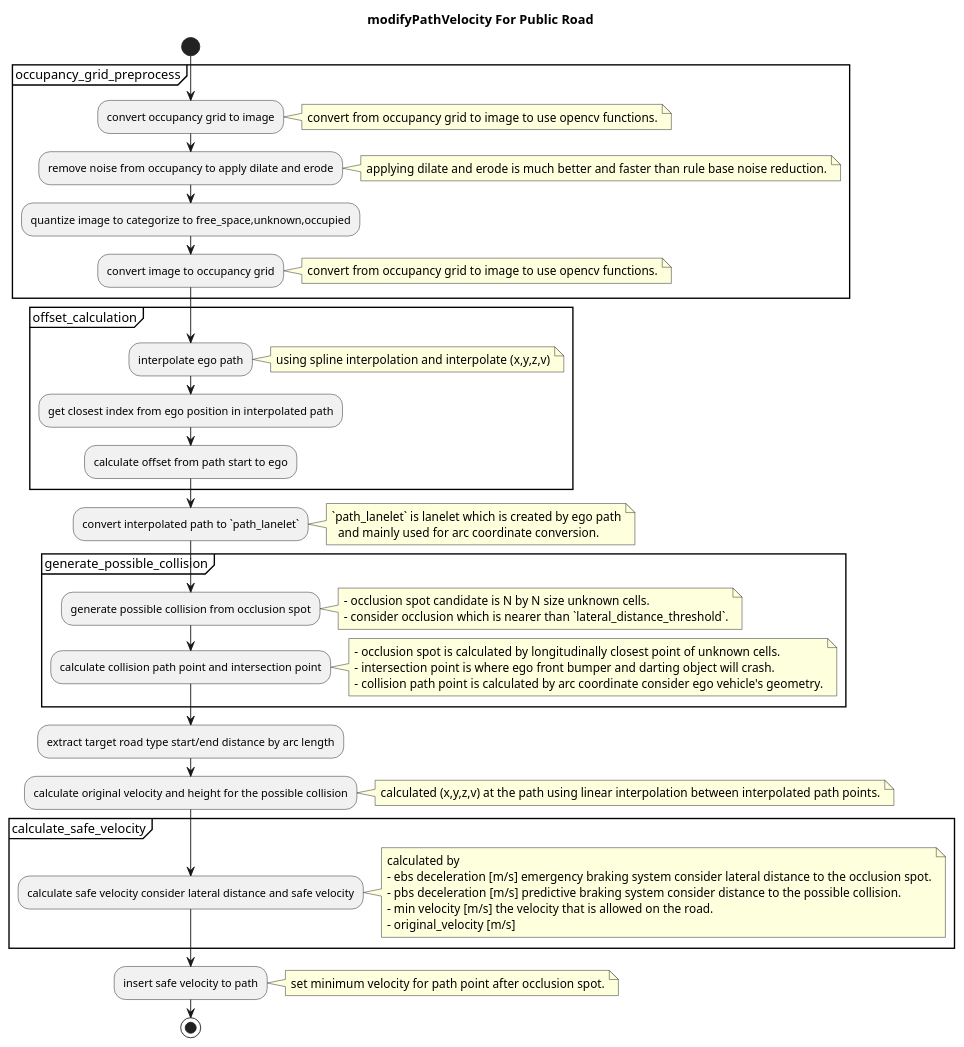
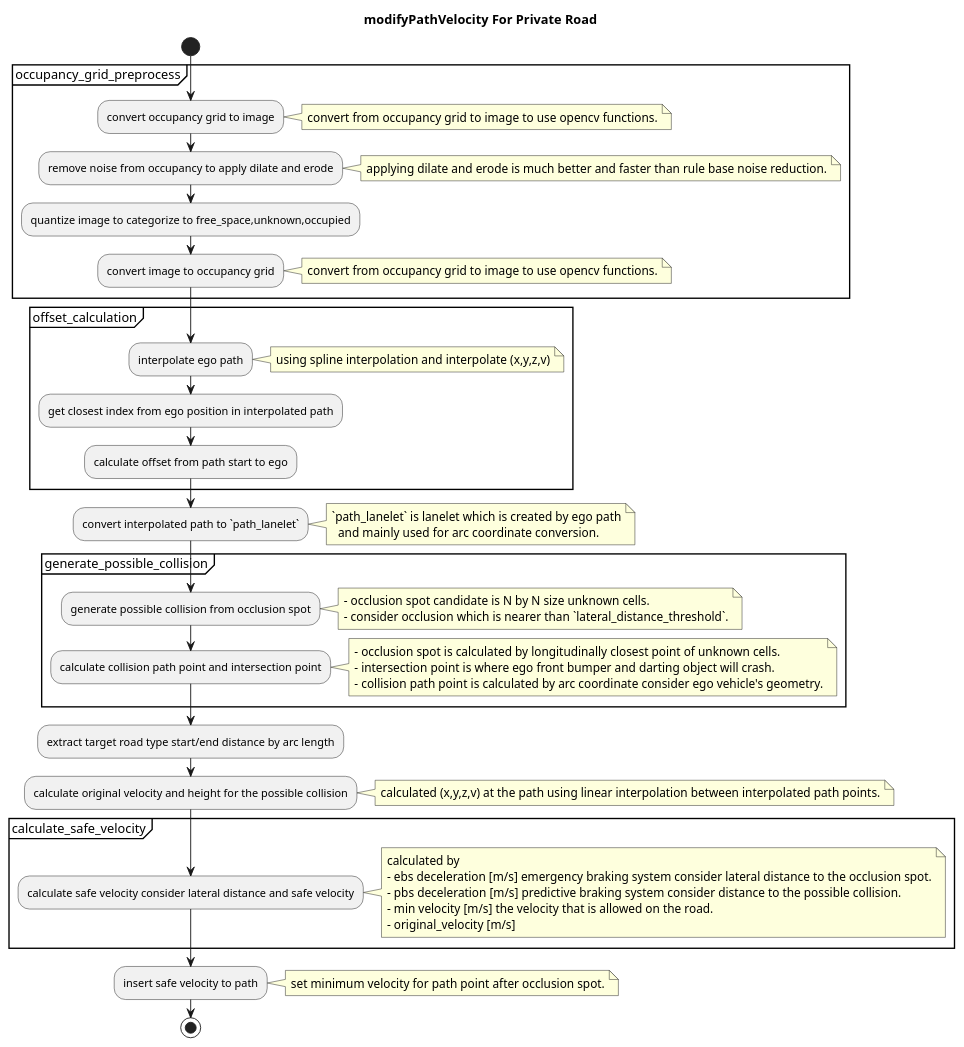
One commit to tier4/AutowareArchitectureProposal.iv changed the third of 3 diagrams in planning/scenario_planning/lane_driving/behavior_planning/behavior_velocity_planner/occlusion-spot-design.md. Above: the diagram before and after it, drawn with PlantUML. The commit also changed other lines of this file and 8 other files, not shown here.

````diff
--- a/planning/scenario_planning/lane_driving/behavior_planning/behavior_velocity_planner/occlusion-spot-design.md
+++ b/planning/scenario_planning/lane_driving/behavior_planning/behavior_velocity_planner/occlusion-spot-design.md
@@ -184,67 +196,67 @@
 ```plantuml
 @startuml
-title modifyPathVelocity For Public Road
+title modifyPathVelocity For Private Road
 start
 partition occupancy_grid_preprocess {
 :convert occupancy grid to image;
 note right
   convert from occupancy grid to image to use opencv functions.
 end note
 :remove noise from occupancy to apply dilate and erode;
 note right
   applying dilate and erode is much better and faster than rule base noise reduction.
 end note
 :quantize image to categorize to free_space,unknown,occupied;
 :convert image to occupancy grid;
 note right
   convert from occupancy grid to image to use opencv functions.
 end note
 }
 partition offset_calculation {
 :interpolate ego path;
 note right
   using spline interpolation and interpolate (x,y,z,v)
 end note
 :get closest index from ego position in interpolated path;
 :calculate offset from path start to ego;
 }
 :convert interpolated path to `path_lanelet`;
 note right
   `path_lanelet` is lanelet which is created by ego path
     and mainly used for arc coordinate conversion.
 end note
 partition generate_possible_collision {
 :generate possible collision from occlusion spot;
 note right
   - occlusion spot candidate is N by N size unknown cells.
   - consider occlusion which is nearer than `lateral_distance_threshold`.
 end note
 :calculate collision path point and intersection point;
 note right
   - occlusion spot is calculated by longitudinally closest point of unknown cells.
   - intersection point is where ego front bumper and darting object will crash.
   - collision path point is calculated by arc coordinate consider ego vehicle's geometry.
 end note
 }
 :extract target road type start/end distance by arc length;
 :calculate original velocity and height for the possible collision;
 note right
 calculated (x,y,z,v) at the path using linear interpolation between interpolated path points.
 end note
 partition calculate_safe_velocity {
 :calculate safe velocity consider lateral distance and safe velocity;
 note right
 calculated by
 - ebs deceleration [m/s] emergency braking system consider lateral distance to the occlusion spot.
 - pbs deceleration [m/s] predictive braking system consider distance to the possible collision.
 - min velocity [m/s] the velocity that is allowed on the road.
 - original_velocity [m/s]
 end note
 }
 :insert safe velocity to path;
 note right
  set minimum velocity for path point after occlusion spot.
 end note
 stop
 @enduml
 ```
````
